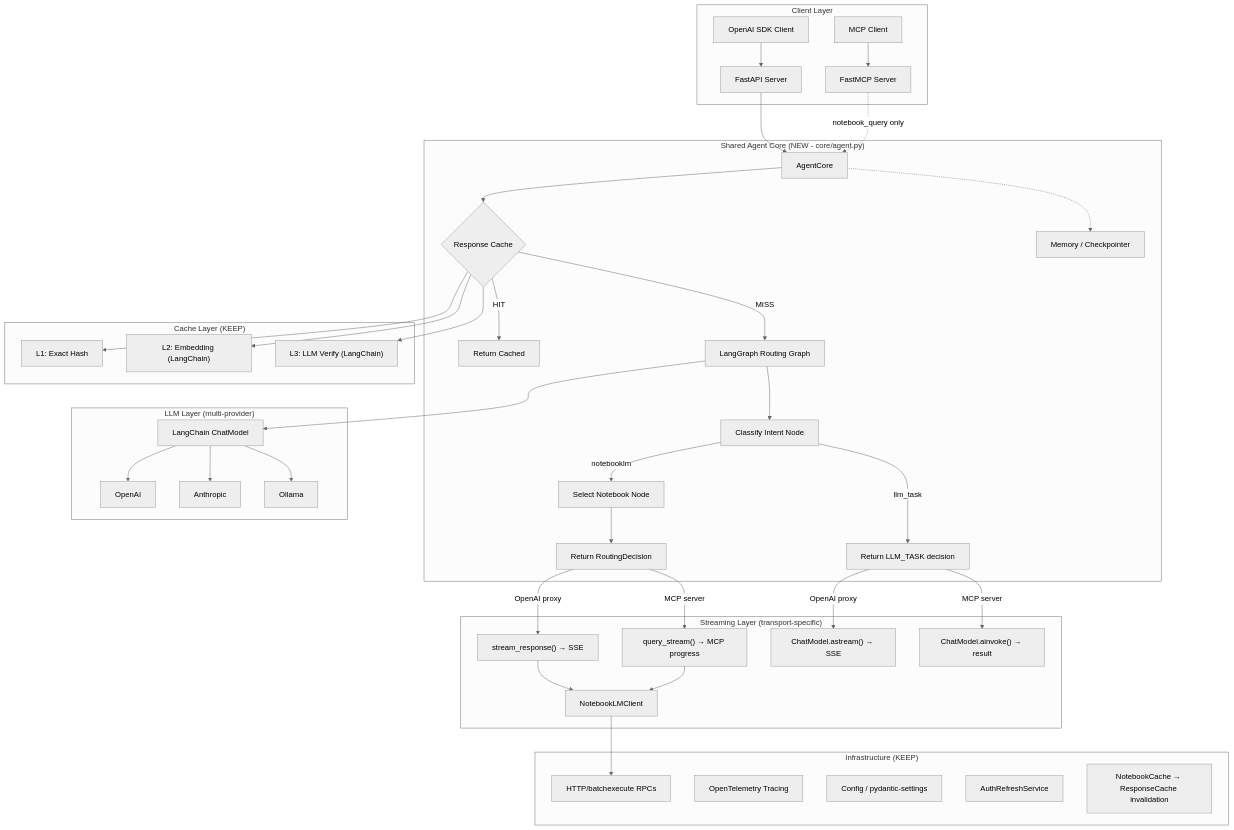
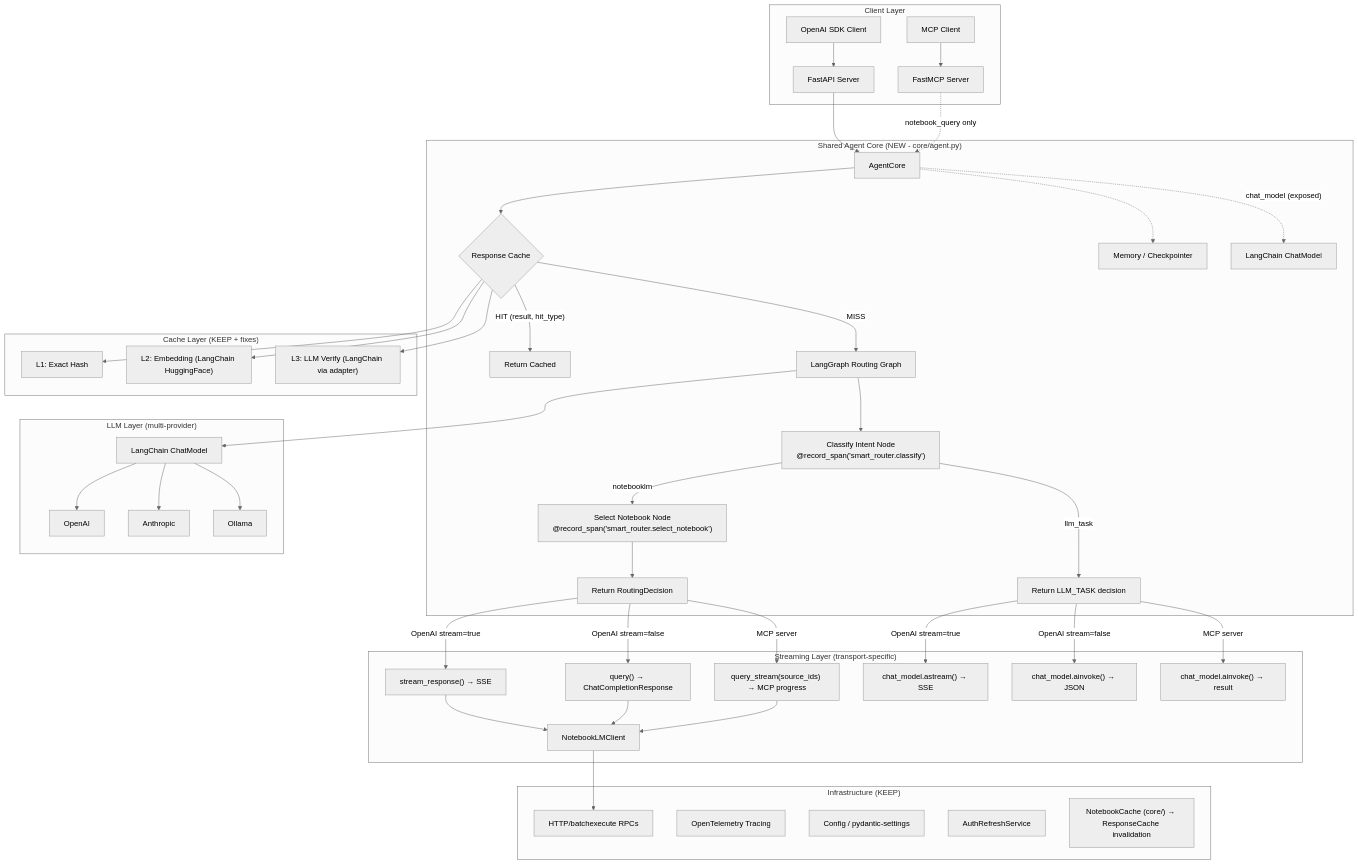
One commit to latuannetnam/nlm-proxy changed the diagram in docs/plans/2026-03-03-langchain-refactor-design.md. Above: the diagram before and after it, drawn with Mermaid (neutral theme). The commit also changed other lines of this file and 2 other files, not shown here.

Commit message:
feat: begin LangChain/LangGraph agentic workflow refactor by adding design and implementation plan documents.

````diff
--- a/docs/plans/2026-03-03-langchain-refactor-design.md
+++ b/docs/plans/2026-03-03-langchain-refactor-design.md
@@ -552,49 +862,52 @@
 ```mermaid
 graph TD
     subgraph "Client Layer"
         A[OpenAI SDK Client] --> B[FastAPI Server]
         M[MCP Client] --> N[FastMCP Server]
     end
 
     subgraph "Shared Agent Core (NEW - core/agent.py)"
         B --> AC[AgentCore]
         N -.->|notebook_query only| AC
         AC --> C{Response Cache}
-        C -->|HIT| R[Return Cached]
+        C -->|"HIT (result, hit_type)"| R[Return Cached]
         C -->|MISS| D[LangGraph Routing Graph]
-        D --> E[Classify Intent Node]
-        E -->|notebooklm| F[Select Notebook Node]
+        D --> E["Classify Intent Node<br>@record_span('smart_router.classify')"]
+        E -->|notebooklm| F["Select Notebook Node<br>@record_span('smart_router.select_notebook')"]
         E -->|llm_task| G["Return LLM_TASK decision"]
         F --> RD["Return RoutingDecision"]
         AC -.-> J[Memory / Checkpointer]
+        AC -.->|"chat_model (exposed)"| CM[LangChain ChatModel]
     end
 
     subgraph "Streaming Layer (transport-specific)"
-        RD -->|OpenAI proxy| S1["stream_response() → SSE"]
-        RD -->|MCP server| S2["query_stream() → MCP progress"]
-        G -->|OpenAI proxy| S3["ChatModel.astream() → SSE"]
-        G -->|MCP server| S4["ChatModel.ainvoke() → result"]
-        S1 & S2 --> K[NotebookLMClient]
+        RD -->|"OpenAI stream=true"| S1["stream_response() → SSE"]
+        RD -->|"OpenAI stream=false"| S1b["query() → ChatCompletionResponse"]
+        RD -->|MCP server| S2["query_stream(source_ids) → MCP progress"]
+        G -->|"OpenAI stream=true"| S3["chat_model.astream() → SSE"]
+        G -->|"OpenAI stream=false"| S3b["chat_model.ainvoke() → JSON"]
+        G -->|MCP server| S4["chat_model.ainvoke() → result"]
+        S1 & S1b & S2 --> K[NotebookLMClient]
     end
 
     subgraph "LLM Layer (multi-provider)"
         D --> LLM["LangChain ChatModel"]
         LLM --> P1[OpenAI]
         LLM --> P2[Anthropic]
         LLM --> P3[Ollama]
     end
 
-    subgraph "Cache Layer (KEEP)"
+    subgraph "Cache Layer (KEEP + fixes)"
         C --> C1[L1: Exact Hash]
-        C --> C2["L2: Embedding (LangChain)"]
-        C --> C3["L3: LLM Verify (LangChain)"]
+        C --> C2["L2: Embedding (LangChain HuggingFace)"]
+        C --> C3["L3: LLM Verify (LangChain via adapter)"]
     end
 
     subgraph "Infrastructure (KEEP)"
         K --> O[HTTP/batchexecute RPCs]
         P[OpenTelemetry Tracing]
         Q[Config / pydantic-settings]
         AU[AuthRefreshService]
-        NCC["NotebookCache → ResponseCache invalidation"]
+        NCC["NotebookCache (core/) → ResponseCache invalidation"]
     end
 ```
````
